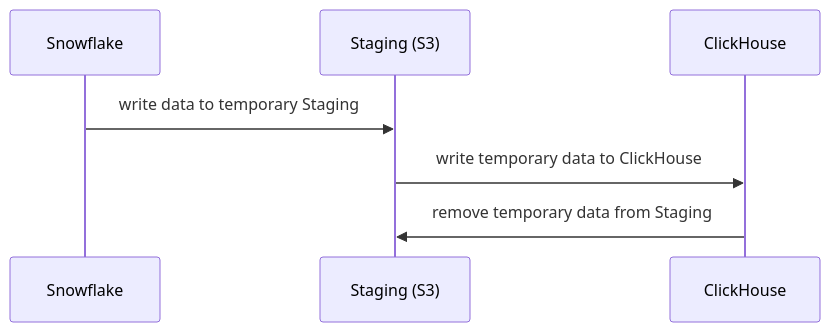
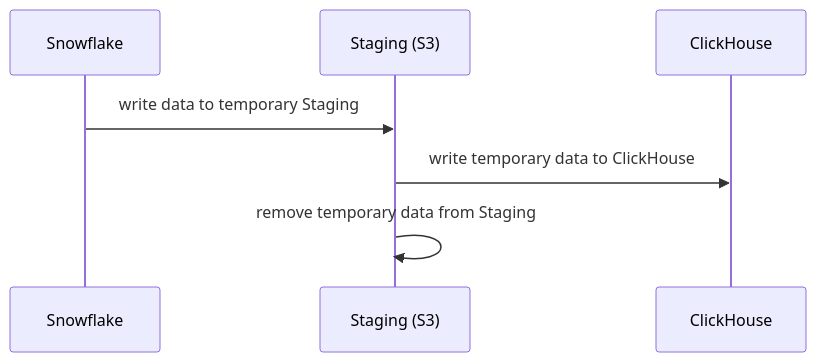
Before and after one commit to rilldata/rill: the diagram in docs/docs/build/advanced-models/staging.md, drawn with Mermaid. The commit also changed other lines of this file and 12 other files, not shown here.

````diff
--- a/docs/docs/build/advanced-models/staging.md
+++ b/docs/docs/build/advanced-models/staging.md
@@ -15,6 +22,6 @@
 ```mermaid
   sequenceDiagram
     Snowflake->>Staging (S3): write data to temporary Staging
     Staging (S3)->>ClickHouse: write temporary data to ClickHouse
-    ClickHouse ->> Staging (S3): remove temporary data from Staging
+    Staging (S3) ->> Staging (S3): remove temporary data from Staging
 ```
````
